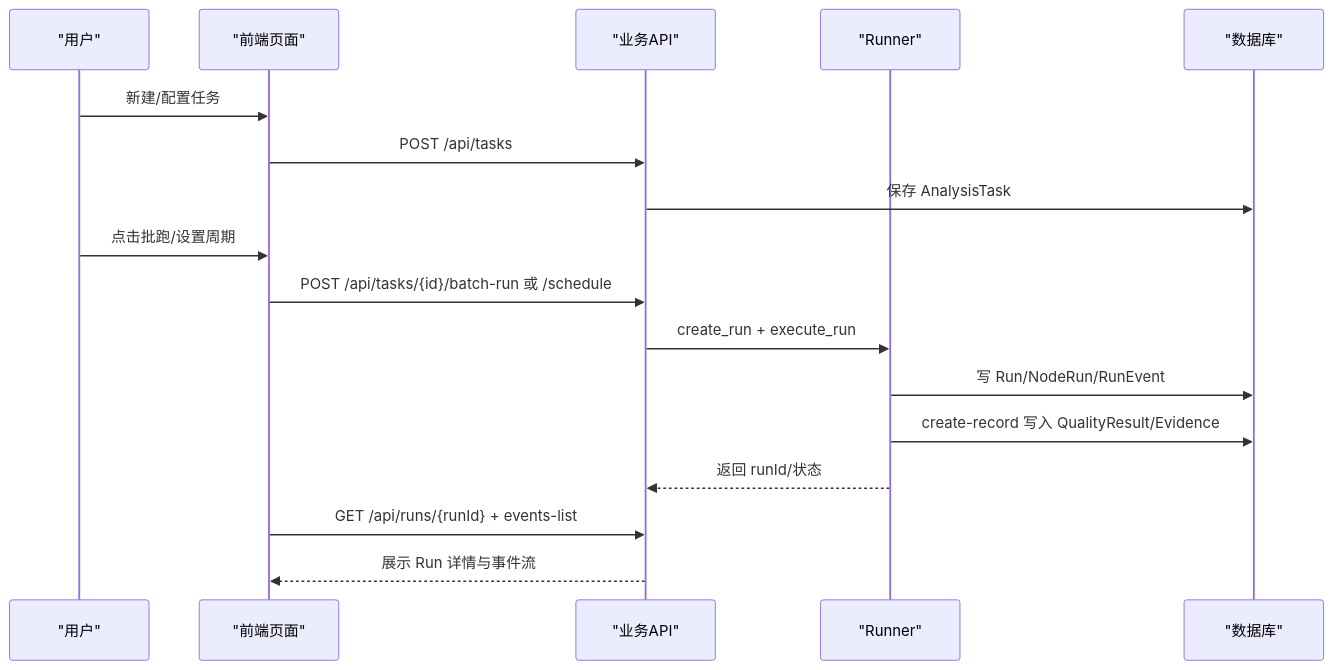
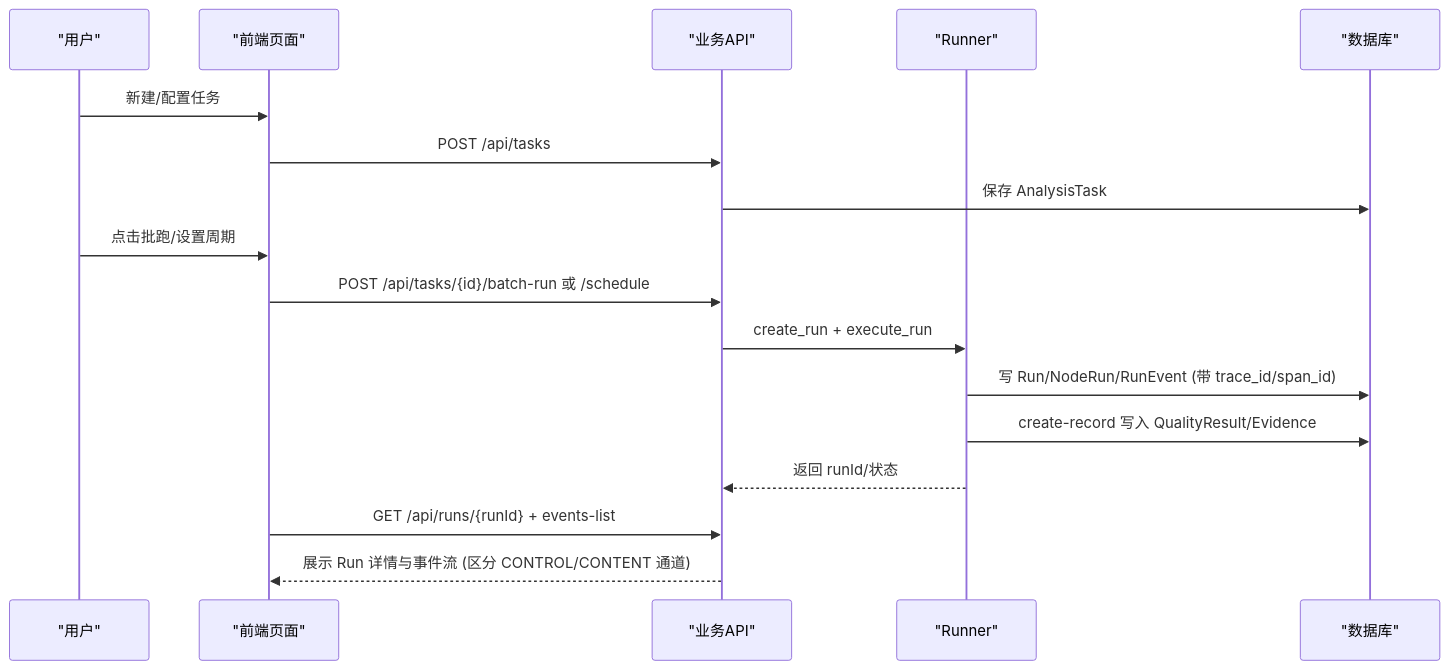
The first of 4 diagrams in .qoder/repowiki/zh/content/任务与执行域.md (huiliuxu780/MoreThanCorn), drawn with Mermaid before and after one commit. The commit also changed other lines of this file and 136 other files, not shown here.

````diff
--- a/.qoder/repowiki/zh/content/任务与执行域.md
+++ b/.qoder/repowiki/zh/content/任务与执行域.md
@@ -28,19 +40,19 @@
 ```mermaid
 sequenceDiagram
 participant U as "用户"
 participant FE as "前端页面"
 participant API as "业务API"
 participant RUN as "Runner"
 participant DB as "数据库"
 U->>FE : 新建/配置任务
 FE->>API : POST /api/tasks
 API->>DB : 保存 AnalysisTask
 U->>FE : 点击批跑/设置周期
 FE->>API : POST /api/tasks/{id}/batch-run 或 /schedule
 API->>RUN : create_run + execute_run
-RUN->>DB : 写 Run/NodeRun/RunEvent
+RUN->>DB : 写 Run/NodeRun/RunEvent (带 trace_id/span_id)
 RUN->>DB : create-record 写入 QualityResult/Evidence
 RUN-->>API : 返回 runId/状态
 FE->>API : GET /api/runs/{runId} + events-list
-API-->>FE : 展示 Run 详情与事件流
+API-->>FE : 展示 Run 详情与事件流 (区分 CONTROL/CONTENT 通道)
 ```
````
